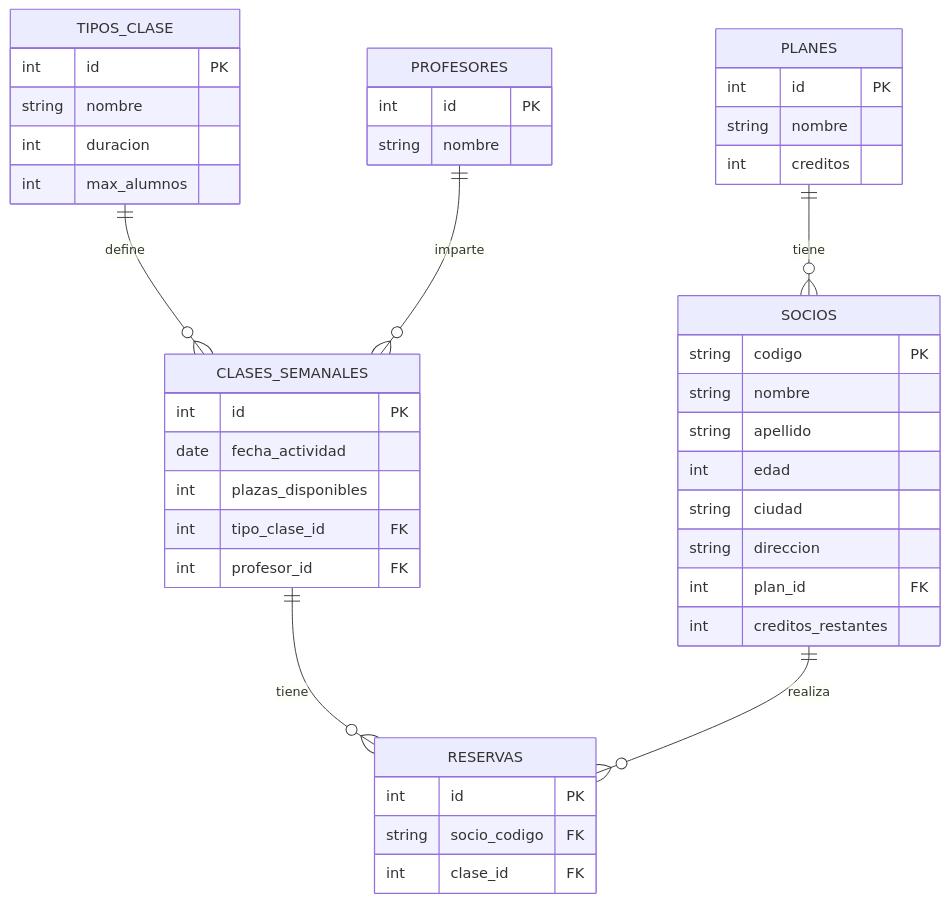
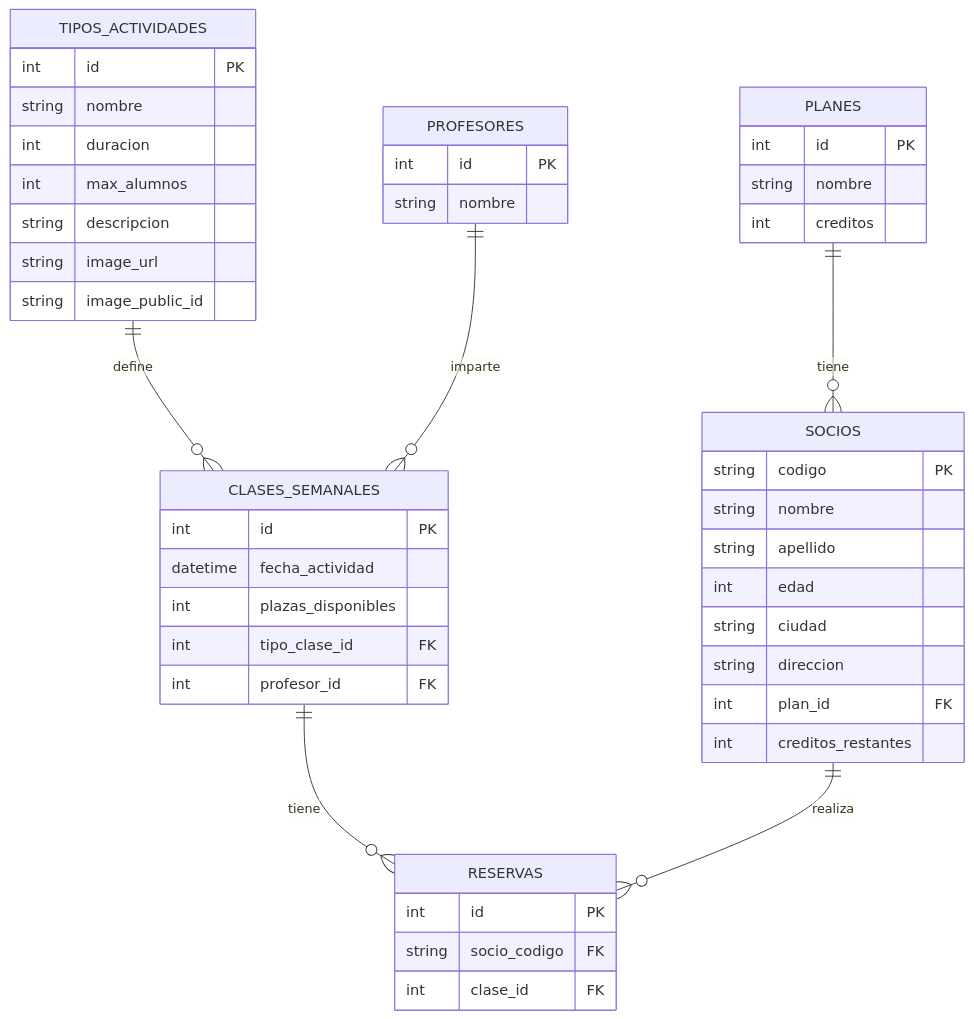
The diagram in README.md (GymGes/GymGes-Frontend), drawn with Mermaid before and after one commit. The commit also changed other lines of this file, not shown here.

````diff
--- a/README.md
+++ b/README.md
@@ -127,51 +127,54 @@
 ```mermaid
 erDiagram
-    TIPOS_CLASE ||--o{ CLASES_SEMANALES : define
+    TIPOS_ACTIVIDADES ||--o{ CLASES_SEMANALES : define
     PROFESORES ||--o{ CLASES_SEMANALES : imparte
     PLANES ||--o{ SOCIOS : tiene
     CLASES_SEMANALES ||--o{ RESERVAS : tiene
     SOCIOS ||--o{ RESERVAS : realiza
 
-    TIPOS_CLASE {
+    TIPOS_ACTIVIDADES {
         int id PK
         string nombre
         int duracion
         int max_alumnos
+        string descripcion
+        string image_url
+        string image_public_id
     }
 
     PROFESORES {
         int id PK
         string nombre
     }
 
     PLANES {
         int id PK
         string nombre
         int creditos
     }
 
     CLASES_SEMANALES {
         int id PK
-        date fecha_actividad
+        datetime fecha_actividad
         int plazas_disponibles
         int tipo_clase_id FK
         int profesor_id FK
     }
 
     SOCIOS {
         string codigo PK
         string nombre
         string apellido
         int edad
         string ciudad
         string direccion
         int plan_id FK
         int creditos_restantes
     }
 
     RESERVAS {
         int id PK
         string socio_codigo FK
         int clase_id FK
     }
 ```
````
